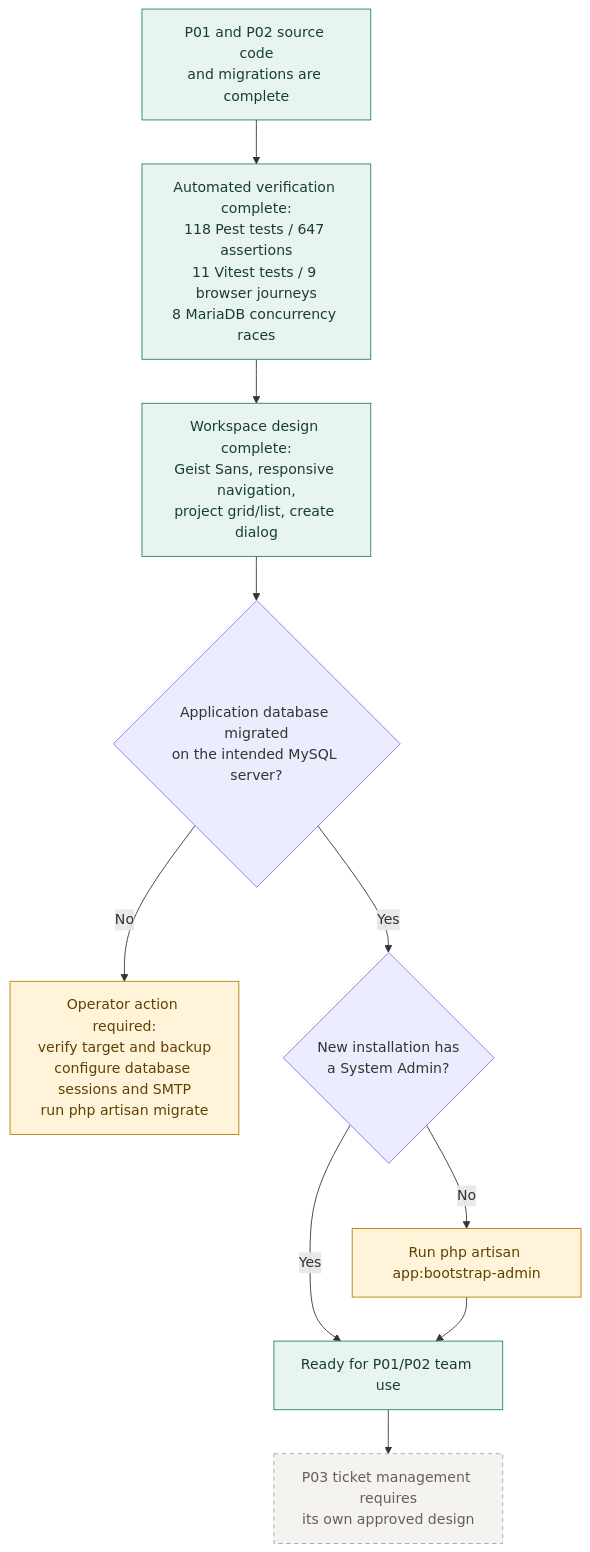
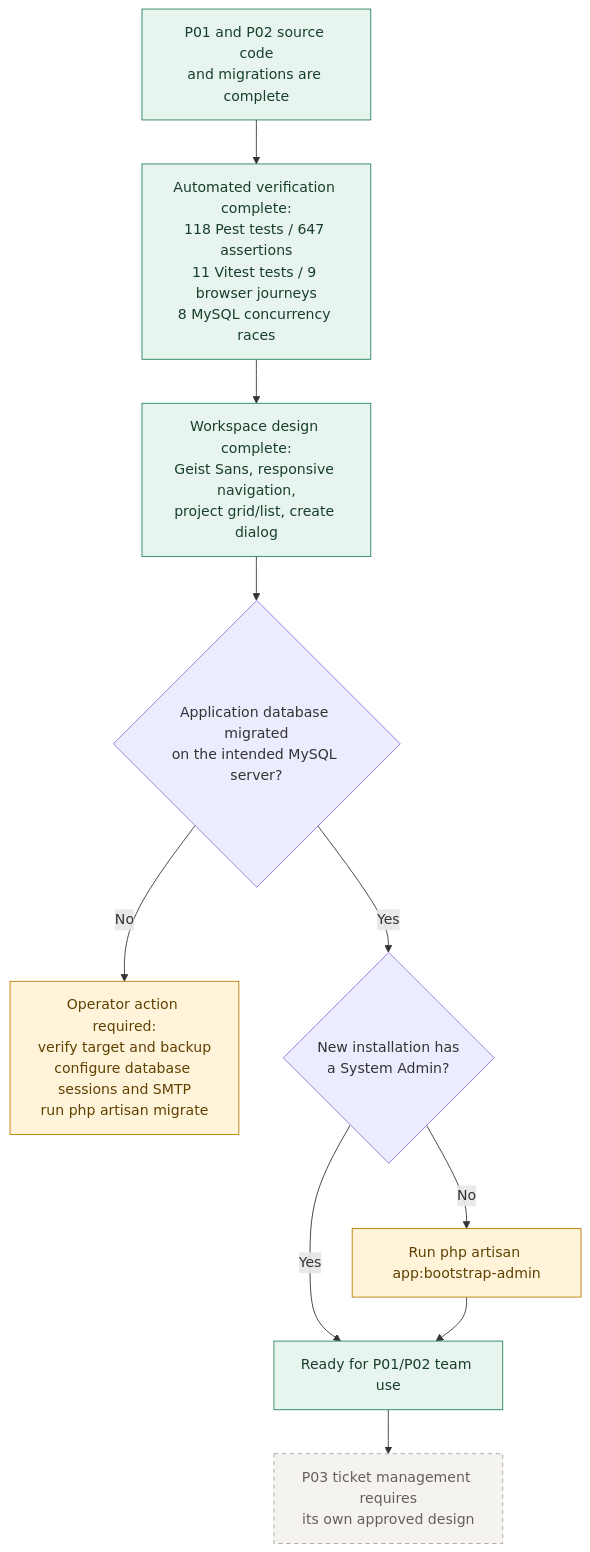
Before and after one commit to ryschristian/endgame: the eighth of 8 diagrams in docs/flowchart/current-implementation.md, drawn with Mermaid. The commit also changed other lines of this file and 10 other files, not shown here.

````diff
--- a/docs/flowchart/current-implementation.md
+++ b/docs/flowchart/current-implementation.md
@@ -229,20 +229,20 @@
 ```mermaid
 flowchart TD
     Code["P01 and P02 source code\nand migrations are complete"]:::success
-    Tests["Automated verification complete:\n118 Pest tests / 647 assertions\n11 Vitest tests / 9 browser journeys\n8 MariaDB concurrency races"]:::success
+    Tests["Automated verification complete:\n118 Pest tests / 647 assertions\n11 Vitest tests / 9 browser journeys\n8 MySQL concurrency races"]:::success
     UI["Workspace design complete:\nGeist Sans, responsive navigation,\nproject grid/list, create dialog"]:::success
     Code --> Tests --> UI
 
     UI --> DB{"Application database migrated\non the intended MySQL server?"}
     DB -- No --> Setup["Operator action required:\nverify target and backup\nconfigure database sessions and SMTP\nrun php artisan migrate"]:::pending
     DB -- Yes --> Bootstrap{"New installation has\na System Admin?"}
     Bootstrap -- No --> BootstrapAdmin["Run php artisan app:bootstrap-admin"]:::pending
     Bootstrap -- Yes --> Ready["Ready for P01/P02 team use"]:::success
     BootstrapAdmin --> Ready
 
     Ready --> Future["P03 ticket management requires\nits own approved design"]:::future
 
     classDef success fill:#e8f5ee,stroke:#23825b,color:#173e2e;
     classDef pending fill:#fff4da,stroke:#ba7b00,color:#604000;
     classDef future fill:#f5f3f0,stroke:#aaa39a,color:#655f58,stroke-dasharray: 5 4;
 ```
````
